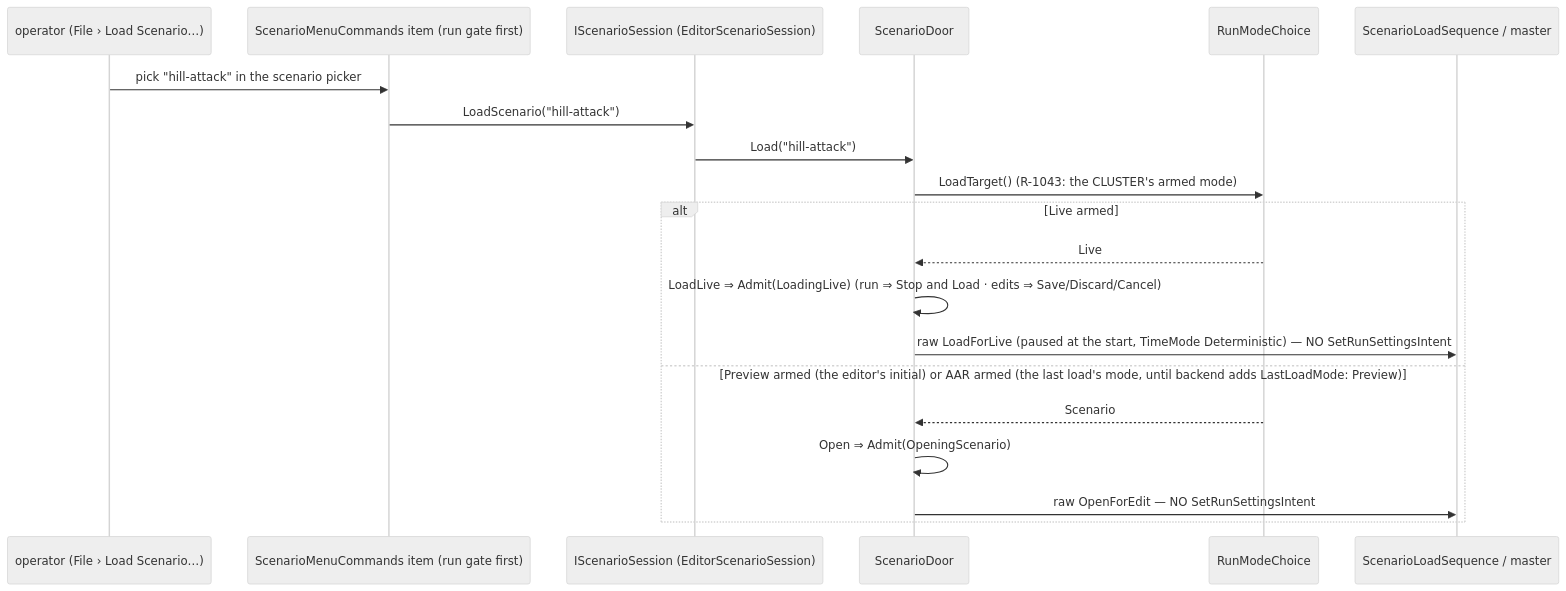
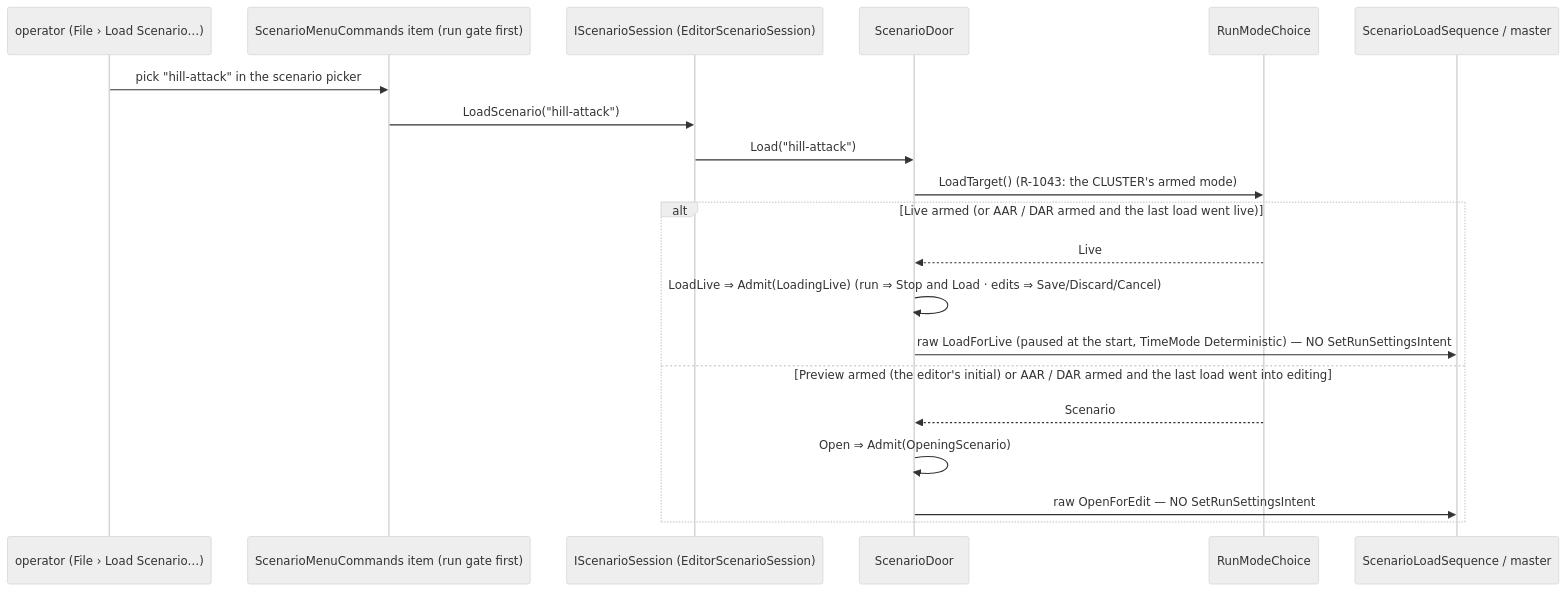
Diagram 25 of 28 in docs/blueprints/Architect_Question_108_Run_Mode_Picker.md (pjanec/HROT), drawn with Mermaid (neutral theme) before and after one commit. The commit also changed other lines of this file and 4 other files, not shown here.

````diff
--- a/docs/blueprints/Architect_Question_108_Run_Mode_Picker.md
+++ b/docs/blueprints/Architect_Question_108_Run_Mode_Picker.md
@@ -1214,22 +1184,22 @@
 ```mermaid
 sequenceDiagram
   participant U as operator (File › Load Scenario…)
   participant M as ScenarioMenuCommands item (run gate first)
   participant S as IScenarioSession (EditorScenarioSession)
   participant D as ScenarioDoor
   participant C as RunModeChoice
   participant L as ScenarioLoadSequence / master
   U->>M: pick "hill-attack" in the scenario picker
   M->>S: LoadScenario("hill-attack")
   S->>D: Load("hill-attack")
   D->>C: LoadTarget()  (R-1043: the CLUSTER's armed mode)
-  alt Live armed
+  alt Live armed (or AAR / DAR armed and the last load went live)
     C-->>D: Live
     D->>D: LoadLive ⇒ Admit(LoadingLive) (run ⇒ Stop and Load · edits ⇒ Save/Discard/Cancel)
     D->>L: raw LoadForLive (paused at the start, TimeMode Deterministic) — NO SetRunSettingsIntent
-  else Preview armed (the editor's initial) or AAR armed (the last load's mode, until backend adds LastLoadMode: Preview)
+  else Preview armed (the editor's initial) or AAR / DAR armed and the last load went into editing
     C-->>D: Scenario
     D->>D: Open ⇒ Admit(OpeningScenario)
     D->>L: raw OpenForEdit — NO SetRunSettingsIntent
   end
 ```
````
